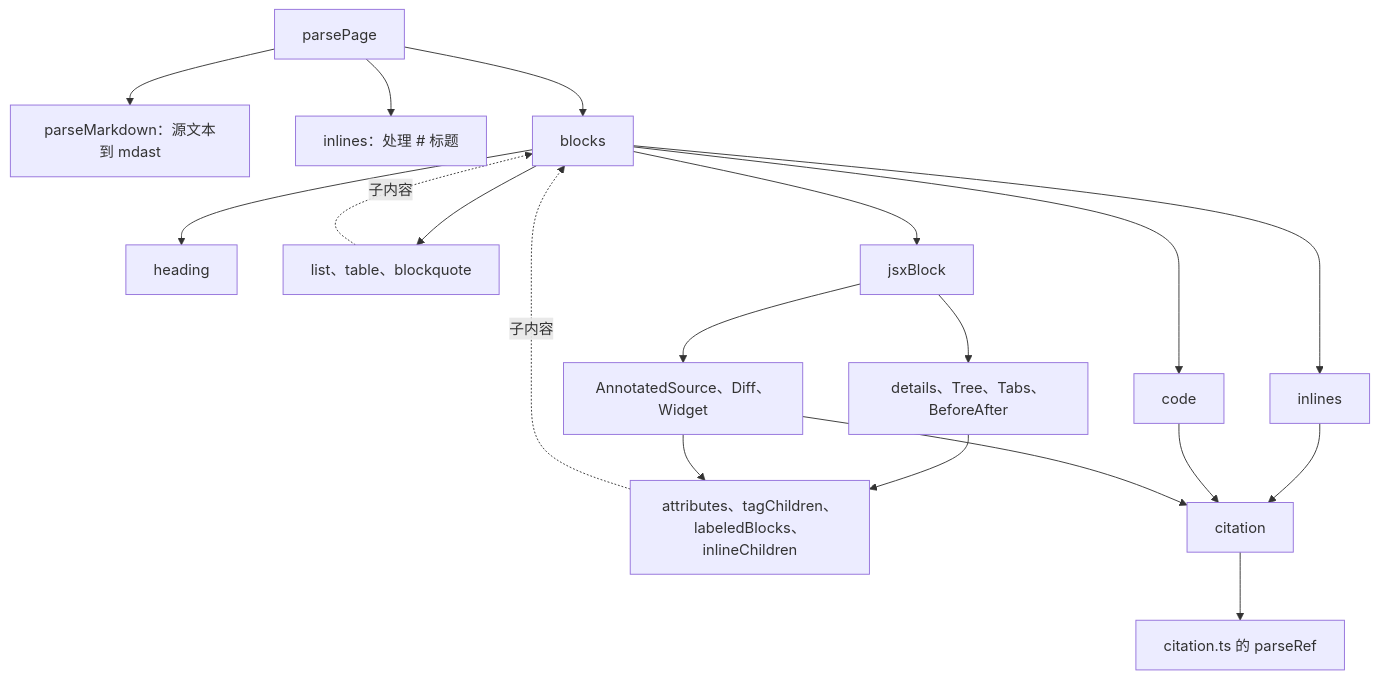
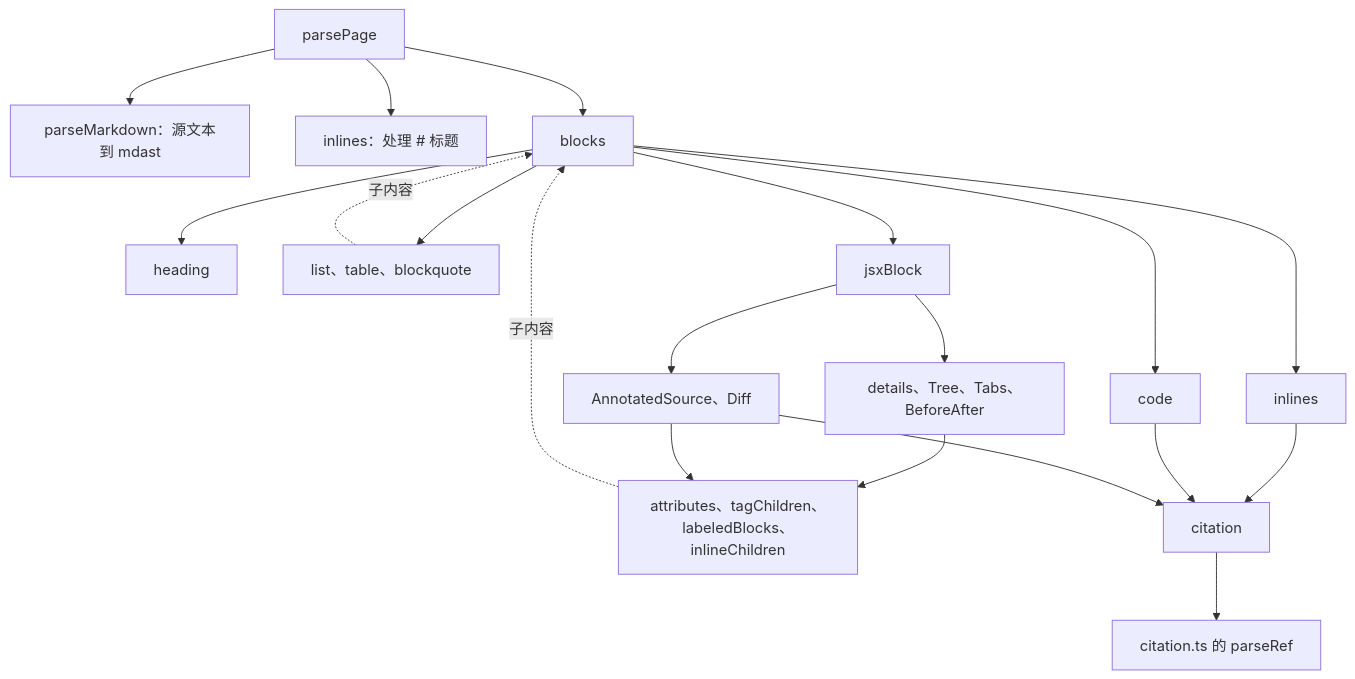
The diagram in docs/zh/parse-page.md (5u4/explain-this), drawn with Mermaid before and after one commit. The commit also changed other lines of this file and 102 other files, not shown here.

````diff
--- a/docs/zh/parse-page.md
+++ b/docs/zh/parse-page.md
@@ -30,21 +30,21 @@
 ```mermaid
 flowchart TD
   P["parsePage"] --> M["parseMarkdown：源文本到 mdast"]
   P --> T["inlines：处理 # 标题"]
   P --> B["blocks"]
   B --> H["heading"]
   B --> Q["list、table、blockquote"]
   B --> C["code"]
   B --> I["inlines"]
   B --> J["jsxBlock"]
   Q -.->|子内容| B
   J --> L["details、Tree、Tabs、BeforeAfter"]
-  J --> S["AnnotatedSource、Diff、Widget"]
+  J --> S["AnnotatedSource、Diff"]
   L --> K["attributes、tagChildren、labeledBlocks、inlineChildren"]
   S --> K
   K -.->|子内容| B
   I --> R["citation"]
   C --> R
   S --> R
   R --> PR["citation.ts 的 parseRef"]
 ```
````
